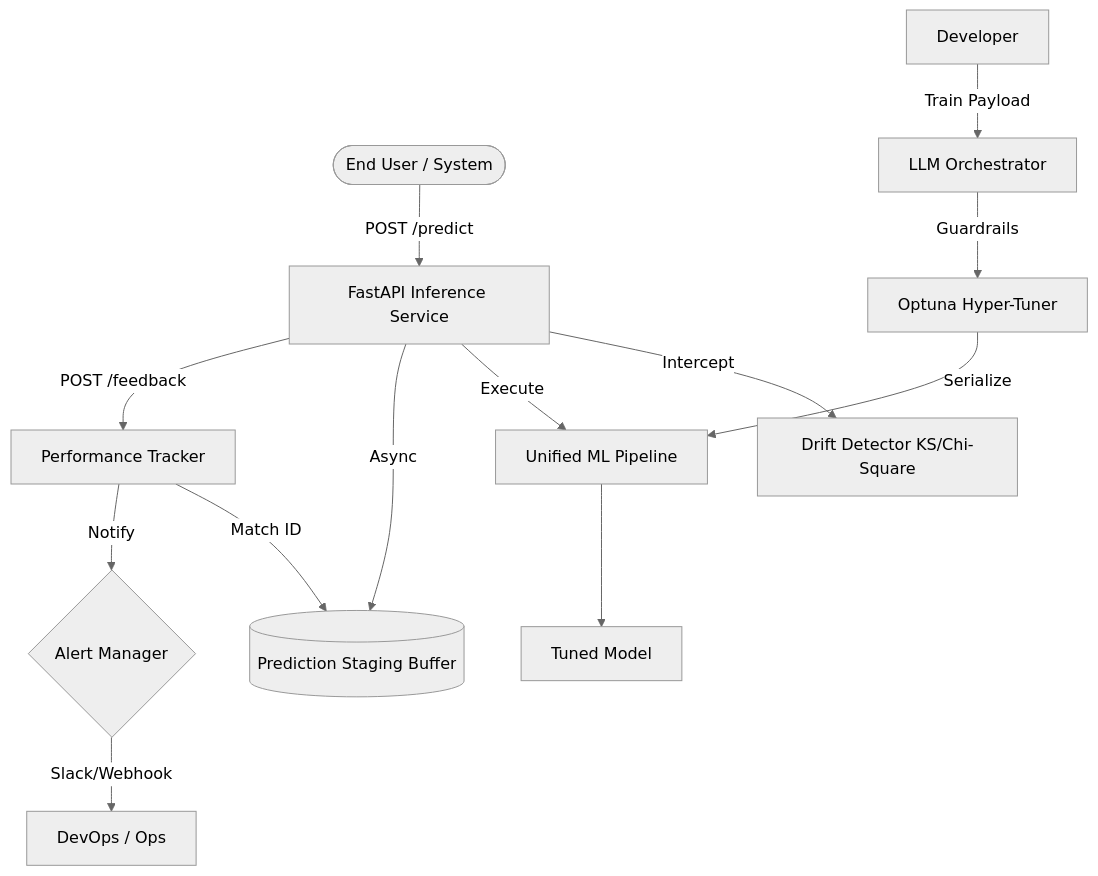
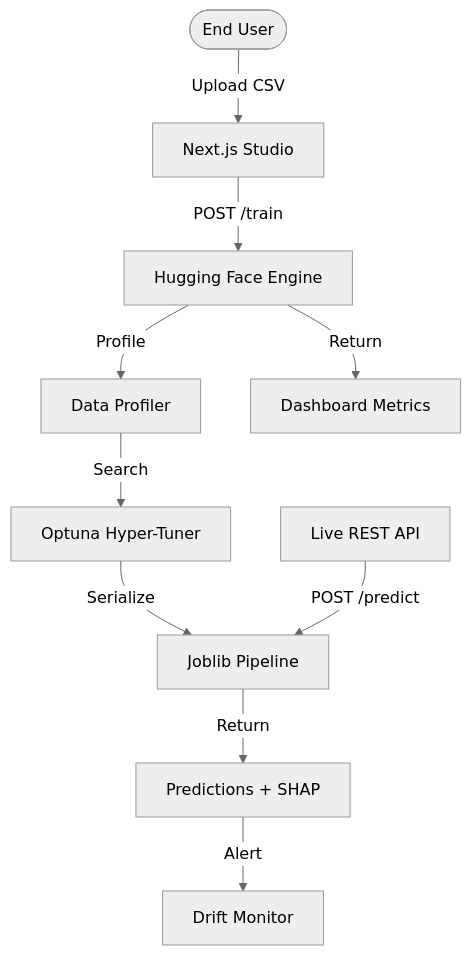
One commit to VedantJadhav701/Autonomous_ML_Builder changed the diagram in README.md. Above: the diagram before and after it, drawn with Mermaid (neutral theme). The commit also changed other lines of this file, not shown here.

````diff
--- a/README.md
+++ b/README.md
@@ -58,17 +59,13 @@
 ```mermaid
 graph TD
-    User([End User / System]) -->|POST /predict| API[FastAPI Inference Service]
-    API -->|Intercept| Drift[Drift Detector KS/Chi-Square]
-    API -->|Execute| UnifiedPipe[Unified ML Pipeline]
-    UnifiedPipe --> Model[Tuned Model]
-    API -->|Async| Staging[(Prediction Staging Buffer)]
+    User([End User]) -->|Upload CSV| Dashboard[Next.js Studio]
+    Dashboard -->|POST /train| Engine[Hugging Face Engine]
+    Engine -->|Profile| Profiler[Data Profiler]
+    Profiler -->|Search| Tuner[Optuna Hyper-Tuner]
+    Tuner -->|Serialize| ModelStore[Joblib Pipeline]
+    Engine -->|Return| Results[Dashboard Metrics]
     
-    API -->|POST /feedback| Perf[Performance Tracker]
-    Perf -->|Match ID| Staging
-    Perf -->|Notify| Alerts{Alert Manager}
-    Alerts -->|Slack/Webhook| Ops[DevOps / Ops]
-    
-    Developer -->|Train Payload| Planner[LLM Orchestrator]
-    Planner -->|Guardrails| Tuner[Optuna Hyper-Tuner]
-    Tuner -->|Serialize| UnifiedPipe
+    API[Live REST API] -->|POST /predict| ModelStore
+    ModelStore -->|Return| Preds[Predictions + SHAP]
+    Preds -->|Alert| Drift[Drift Monitor]
 ```
````
